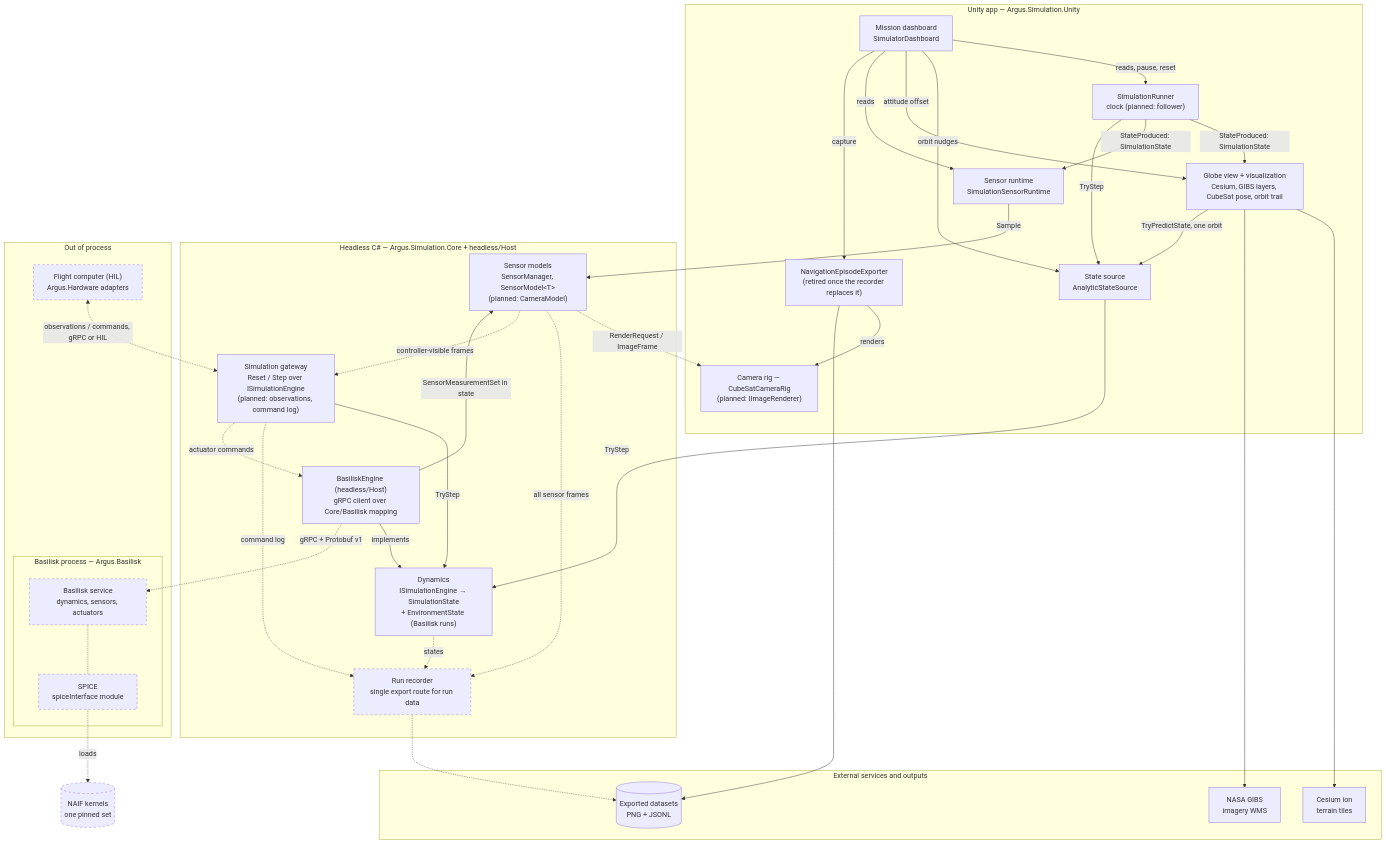
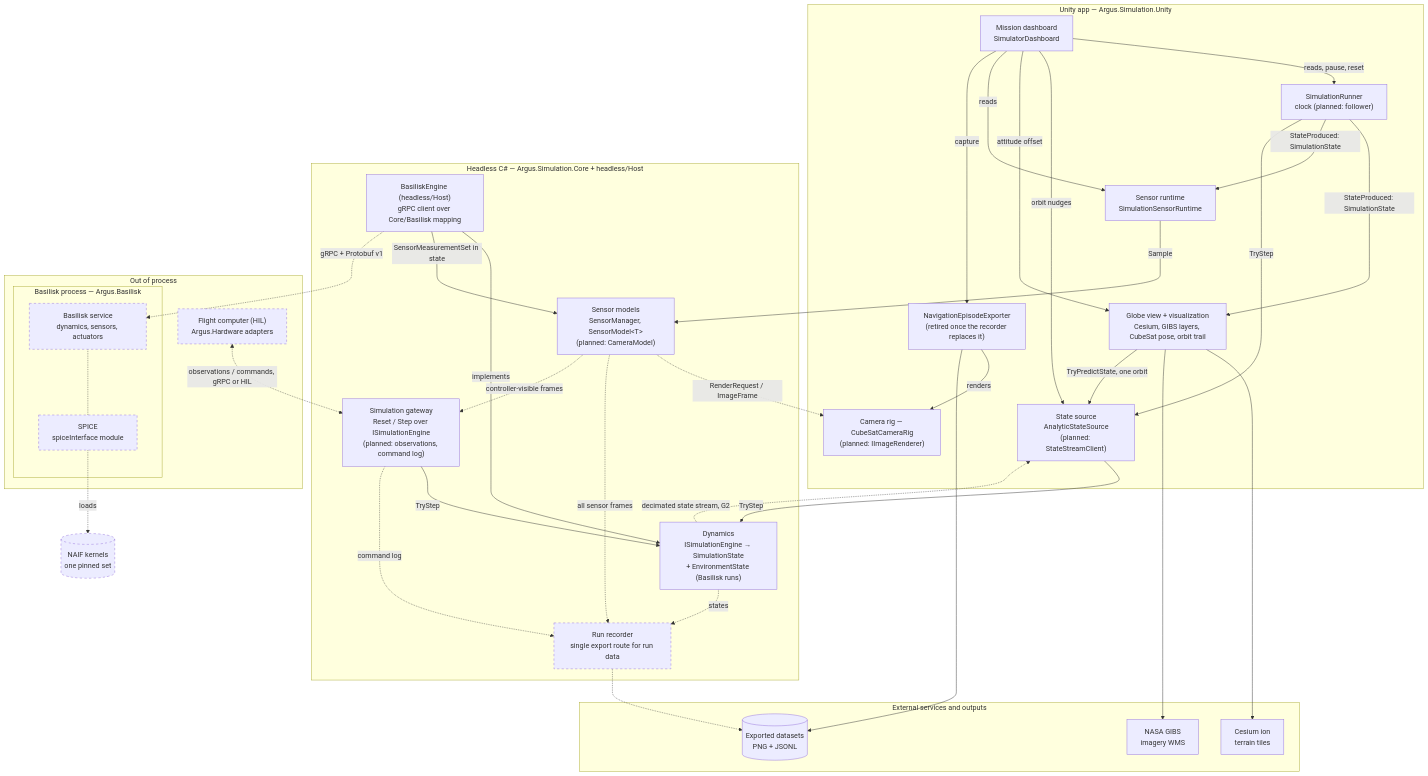
One commit to cmu-argus-2/argus_simulation changed the first of 2 diagrams in docs/target-architecture.md. Above: the diagram before and after it, drawn with Mermaid. The commit also changed other lines of this file and 9 other files, not shown here.

````diff
--- a/docs/target-architecture.md
+++ b/docs/target-architecture.md
@@ -20,70 +21,70 @@
 ```mermaid
 flowchart TB
     subgraph EXT["External services and outputs"]
         ion["Cesium ion<br/>terrain tiles"]
         gibs["NASA GIBS<br/>imagery WMS"]
         data[("Exported datasets<br/>PNG + JSONL")]
     end
 
     subgraph UNITY["Unity app — Argus.Simulation.Unity"]
         globe["Globe view + visualization<br/>Cesium, GIBS layers, CubeSat pose, orbit trail"]
         camr["Camera rig — CubeSatCameraRig<br/>(planned: IImageRenderer)"]
         runner["SimulationRunner<br/>clock (planned: follower)"]
-        src["State source<br/>AnalyticStateSource"]
+        src["State source<br/>AnalyticStateSource<br/>(planned: StateStreamClient)"]
         sens["Sensor runtime<br/>SimulationSensorRuntime"]
         dash["Mission dashboard<br/>SimulatorDashboard"]
         exporter["NavigationEpisodeExporter<br/>(retired once the recorder replaces it)"]
     end
 
     subgraph CORE["Headless C# — Argus.Simulation.Core + headless/Host"]
         dyn["Dynamics<br/>ISimulationEngine → SimulationState<br/>+ EnvironmentState (Basilisk runs)"]
         smod["Sensor models<br/>SensorManager, SensorModel&lt;T&gt;<br/>(planned: CameraModel)"]
         gate["Simulation gateway<br/>Reset / Step over ISimulationEngine<br/>(planned: observations, command log)"]
         beng["BasiliskEngine (headless/Host)<br/>gRPC client over Core/Basilisk mapping"]
         rec["Run recorder<br/>single export route for run data"]
     end
 
     subgraph OOP["Out of process"]
         subgraph BSKP["Basilisk process — Argus.Basilisk"]
             bsk["Basilisk service<br/>dynamics, sensors, actuators"]
             spice["SPICE<br/>spiceInterface module"]
         end
         hil["Flight computer (HIL)<br/>Argus.Hardware adapters"]
     end
 
     naif[("NAIF kernels<br/>one pinned set")]
 
     globe --> ion
     globe --> gibs
     runner -->|StateProduced: SimulationState| globe
     runner -->|StateProduced: SimulationState| sens
     runner -->|TryStep| src
     globe -->|TryPredictState, one orbit| src
     dash -->|reads, pause, reset| runner
     dash -->|orbit nudges| src
     dash -->|attitude offset| globe
     dash -->|reads| sens
     dash -->|capture| exporter
     src -->|TryStep| dyn
     sens -->|Sample| smod
     gate -->|TryStep| dyn
     exporter -->|renders| camr
     exporter --> data
 
     smod -.->|RenderRequest / ImageFrame| camr
     beng -->|implements| dyn
     beng -->|SensorMeasurementSet in state| smod
     beng -.->|gRPC + Protobuf v1| bsk
     bsk -.- spice
     spice -.->|loads| naif
     dyn -.->|states| rec
+    dyn -.->|decimated state stream, G2| src
     smod -.->|all sensor frames| rec
     smod -.->|controller-visible frames| gate
     gate -.->|command log| rec
-    gate -.->|actuator commands| beng
     hil <-.->|observations / commands, gRPC or HIL| gate
     rec -.-> data
 
     classDef planned stroke-dasharray: 5 5
     class rec,bsk,spice,hil,naif planned
 ```
````
